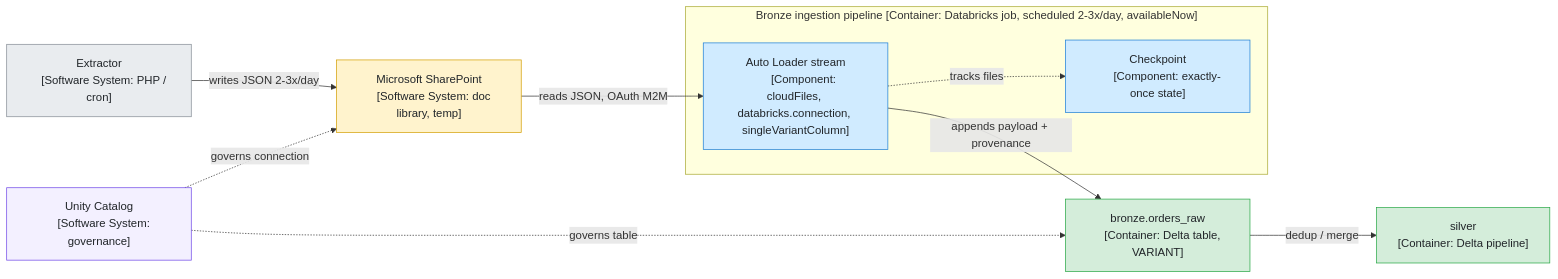
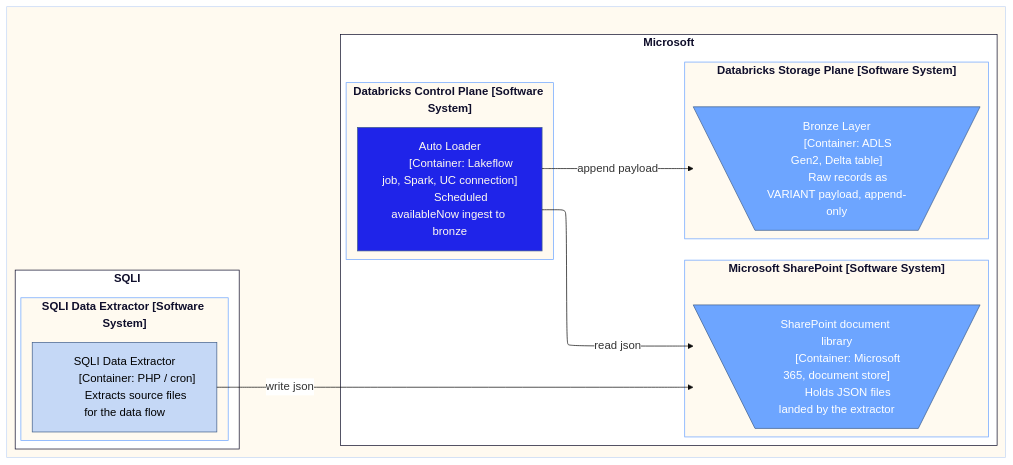
The diagram in desktop-chat/outputs/2606-o2-architecture-design/2026-06-13-sharpoint-to-bronze-ingestion-play.md (gino1902/chief-of-droids), drawn with Mermaid before and after one commit. The commit also changed other lines of this file, not shown here.

Commit message:
docs(o2): rework SharePoint play flow diagram and correct managed-connector rationale

````diff
--- a/desktop-chat/outputs/2606-o2-architecture-design/2026-06-13-sharpoint-to-bronze-ingestion-play.md
+++ b/desktop-chat/outputs/2606-o2-architecture-design/2026-06-13-sharpoint-to-bronze-ingestion-play.md
@@ -42,40 +43,51 @@
 ```mermaid
+%%{init: {"theme": "base", "themeVariables": {"edgeLabelBackground": "#FFFFFF"}, "flowchart": {"defaultRenderer": "elk"}}}%%
+
 flowchart LR
-    classDef ext fill:#e9ecef,stroke:#868e96,color:#212529;
-    classDef temp fill:#fff3cd,stroke:#d39e00,color:#212529;
-    classDef comp fill:#d0ebff,stroke:#1c7ed6,color:#212529;
-    classDef store fill:#d4edda,stroke:#28a745,color:#212529;
-    classDef gov fill:#f3f0ff,stroke:#7048e8,color:#212529;
+  classDef main              fill:#FFFAF0,color:#FFFAF0,stroke:#C5D8F6
+  classDef primary           fill:#1F24E9,color:#FFFAF0,stroke:#425F8B
+  classDef secondary         fill:#6DA5FF,color:#FFFFFF,stroke:#425F8B
+  classDef tertiary          fill:#C5D8F6,color:#000000,stroke:#425F8B
+  classDef primary_cluster   fill:#FFFFFF,color:#0F0E2B,stroke:#0F0E2B
+  classDef secondary_cluster fill:#FFFAF0,color:#0F0E2B,stroke:#6DA5FF
+  classDef ytbc              fill:#D9E4F0,color:#3A3A4A,stroke:#425F8B,stroke-dasharray:5
+  linkStyle default color:#0F0E2B
 
-    EXT["Extractor
-    [Software System: PHP / cron]"]
-    SP["Microsoft SharePoint
-    [Software System: doc library, temp]"]
-    UC["Unity Catalog
-    [Software System: governance]"]
-    BR["bronze.orders_raw
-    [Container: Delta table, VARIANT]"]
-    SIL["silver
-    [Container: Delta pipeline]"]
+  subgraph Main
+    subgraph SQLI["`**SQLI**`"]
+      subgraph SQLIExtractor["`**SQLI Data Extractor [Software System]**`"]
+        EXT["SQLI Data Extractor
+        [Container: PHP / cron]
+        Extracts source files for the data flow"]
+      end
+    end
+    subgraph Microsoft["`**Microsoft**`"]
+      subgraph M365["`**Microsoft SharePoint [Software System]**`"]
+        SP[\"SharePoint document library
+        [Container: Microsoft 365, document store]
+        Holds JSON files landed by the extractor"/]
+      end
+      subgraph DBControl["`**Databricks Control Plane [Software System]**`"]
+        AL["Auto Loader
+        [Container: Lakeflow job, Spark, UC connection]
+        Scheduled availableNow ingest to bronze"]
+      end
+      subgraph DBStorage["`**Databricks Storage Plane [Software System]**`"]
+        BR[\"Bronze Layer
+        [Container: ADLS Gen2, Delta table]
+        Raw records as VARIANT payload, append-only"/]
+      end
+    end
+  end
 
-    subgraph PIPE["Bronze ingestion pipeline [Container: Databricks job, scheduled 2-3x/day, availableNow]"]
-      AL["Auto Loader stream
-      [Component: cloudFiles, databricks.connection, singleVariantColumn]"]
-      CHK["Checkpoint
-      [Component: exactly-once state]"]
-    end
+  EXT -->|write json| SP
+  AL -->|read json| SP
+  AL -->|append payload| BR
 
-    EXT -->|writes JSON 2-3x/day| SP
-    SP -->|reads JSON, OAuth M2M| AL
-    AL -->|appends payload + provenance| BR
-    AL -.->|tracks files| CHK
-    BR -->|dedup / merge| SIL
-    UC -.->|governs connection| SP
-    UC -.->|governs table| BR
-
-    class EXT ext
-    class SP temp
-    class AL,CHK comp
-    class BR,SIL store
-    class UC gov
+  class AL primary
+  class SP,BR secondary
+  class EXT tertiary
+  class SQLIExtractor,M365,DBControl,DBStorage secondary_cluster
+  class SQLI,Microsoft primary_cluster
+  class Main main
 ```
````
